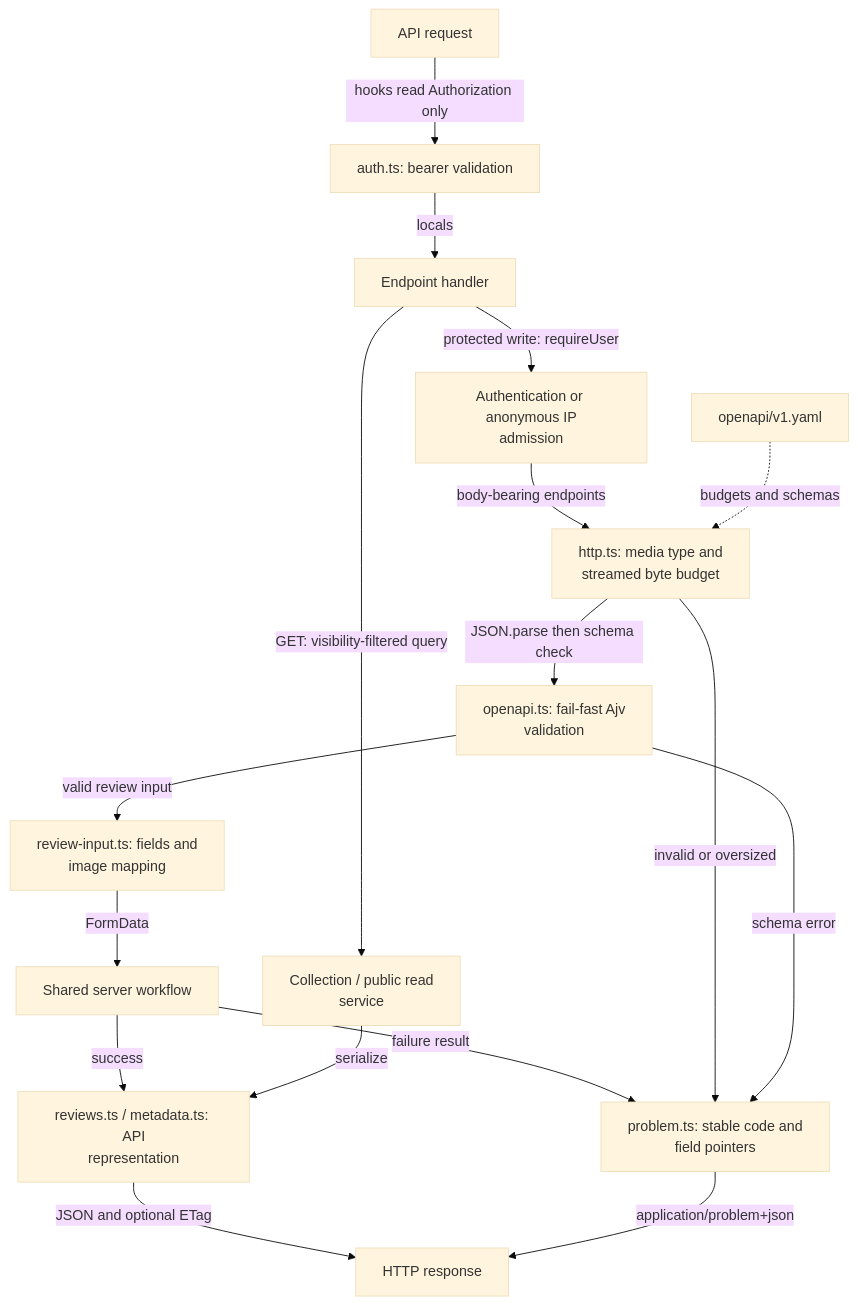
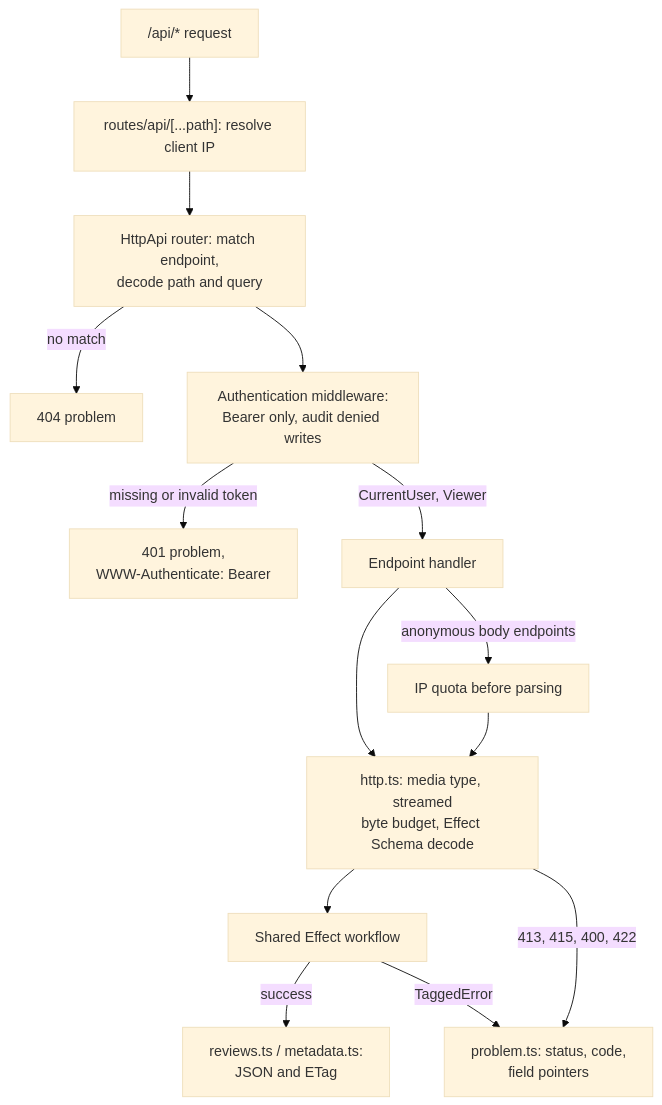
Before and after one commit to jonathan-lindqvist/enstorstarkreview: the first of 2 diagrams in src/lib/server/api/README.md, drawn with Mermaid (base theme). The commit also changed other lines of this file and 21 other files, not shown here.

Commit message:
docs: describe the Effect runtime, HttpApi and test layers

````diff
--- a/src/lib/server/api/README.md
+++ b/src/lib/server/api/README.md
@@ -12,19 +27,16 @@
 ```mermaid
 flowchart TD
-    Request["API request"] -->|"hooks read Authorization only"| Session["auth.ts: bearer validation"]
-    Session -->|"locals"| Route["Endpoint handler"]
-    Route -->|"protected write: requireUser"| Admit["Authentication or anonymous IP<br/>admission"]
-    Admit -->|"body-bearing endpoints"| Body["http.ts: media type and<br/>streamed byte budget"]
-    Spec["openapi/v1.yaml"] -.->|"budgets and schemas"| Body
-    Body -->|"JSON.parse then schema check"| Validate["openapi.ts: fail-fast Ajv<br/>validation"]
-    Validate -->|"valid review input"| Input["review-input.ts: fields and<br/>image mapping"]
-    Input -->|"FormData"| Workflow["Shared server workflow"]
-    Route -->|"GET: visibility-filtered query"| Query["Collection / public read<br/>service"]
-    Workflow -->|"success"| Output["reviews.ts / metadata.ts: API<br/>representation"]
-    Query -->|"serialize"| Output
-    Output -->|"JSON and optional ETag"| Response["HTTP response"]
-    Workflow -->|"failure result"| Problem["problem.ts: stable code and<br/>field pointers"]
-    Body -->|"invalid or oversized"| Problem
-    Validate -->|"schema error"| Problem
-    Problem -->|"application/problem+json"| Response
+    Request["/api/* request"] --> Route["routes/api/[...path]: resolve client IP"]
+    Route --> Router["HttpApi router: match endpoint,<br/>decode path and query"]
+    Router -->|"no match"| NotFound["404 problem"]
+    Router --> Middleware["Authentication middleware:<br/>Bearer only, audit denied writes"]
+    Middleware -->|"missing or invalid token"| Unauthorized["401 problem,<br/>WWW-Authenticate: Bearer"]
+    Middleware -->|"CurrentUser, Viewer"| Handler["Endpoint handler"]
+    Handler -->|"anonymous body endpoints"| Quota["IP quota before parsing"]
+    Handler --> Body["http.ts: media type, streamed<br/>byte budget, Effect Schema decode"]
+    Body --> Workflow["Shared Effect workflow"]
+    Quota --> Body
+    Workflow -->|"success"| Output["reviews.ts / metadata.ts:<br/>JSON and ETag"]
+    Workflow -->|"TaggedError"| Problem["problem.ts: status, code,<br/>field pointers"]
+    Body -->|"413, 415, 400, 422"| Problem
 ```
````
